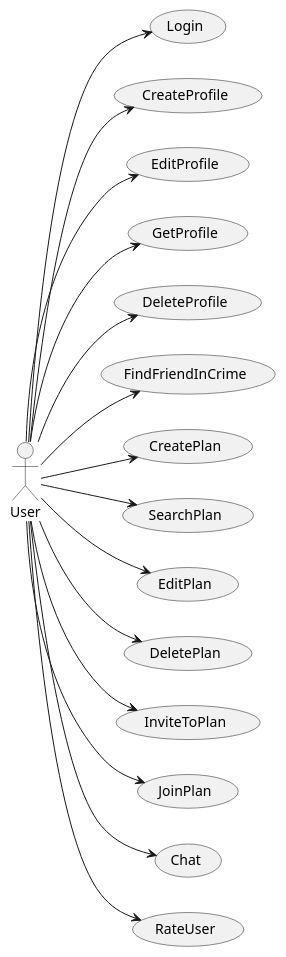
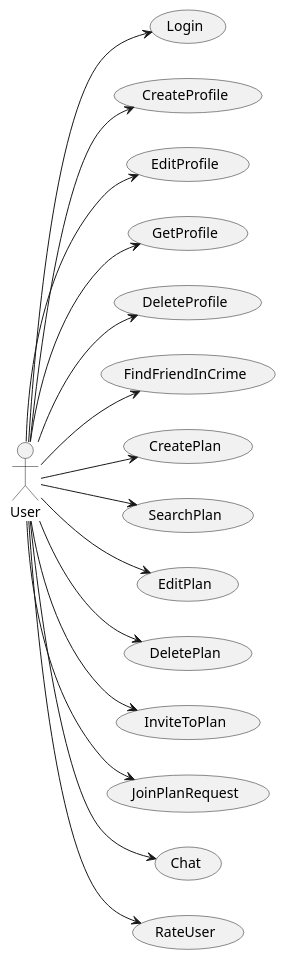
Before and after one commit to colasin16/pop-up-plan-service: the diagram in docs/src/use-cases/ main.puml, drawn with PlantUML. The commit also changed 4 other files, not shown here.

```diff
--- a/docs/src/use-cases/ main.puml
+++ b/docs/src/use-cases/ main.puml
@@ -1,41 +1,41 @@
 @startuml
 left to right direction
 
 actor User
 
 usecase Login
 
 usecase CreateProfile
 usecase EditProfile
 usecase GetProfile 
 usecase DeleteProfile 
 
 usecase FindFriendInCrime
 
 usecase CreatePlan
 usecase SearchPlan
 usecase EditPlan
 usecase DeletePlan
 usecase InviteToPlan
-usecase JoinPlan
+usecase JoinPlanRequest
 
 usecase Chat
 
 usecase RateUser
 
 User --> Login
 User --> CreateProfile
 User --> DeleteProfile
 User --> EditProfile
 User --> GetProfile
 User --> CreatePlan
 User --> FindFriendInCrime
 User --> SearchPlan
 User --> EditPlan
 User --> DeletePlan
 User --> InviteToPlan
-User --> JoinPlan
+User --> JoinPlanRequest
 User --> Chat
 User --> RateUser
 
 @enduml
```
